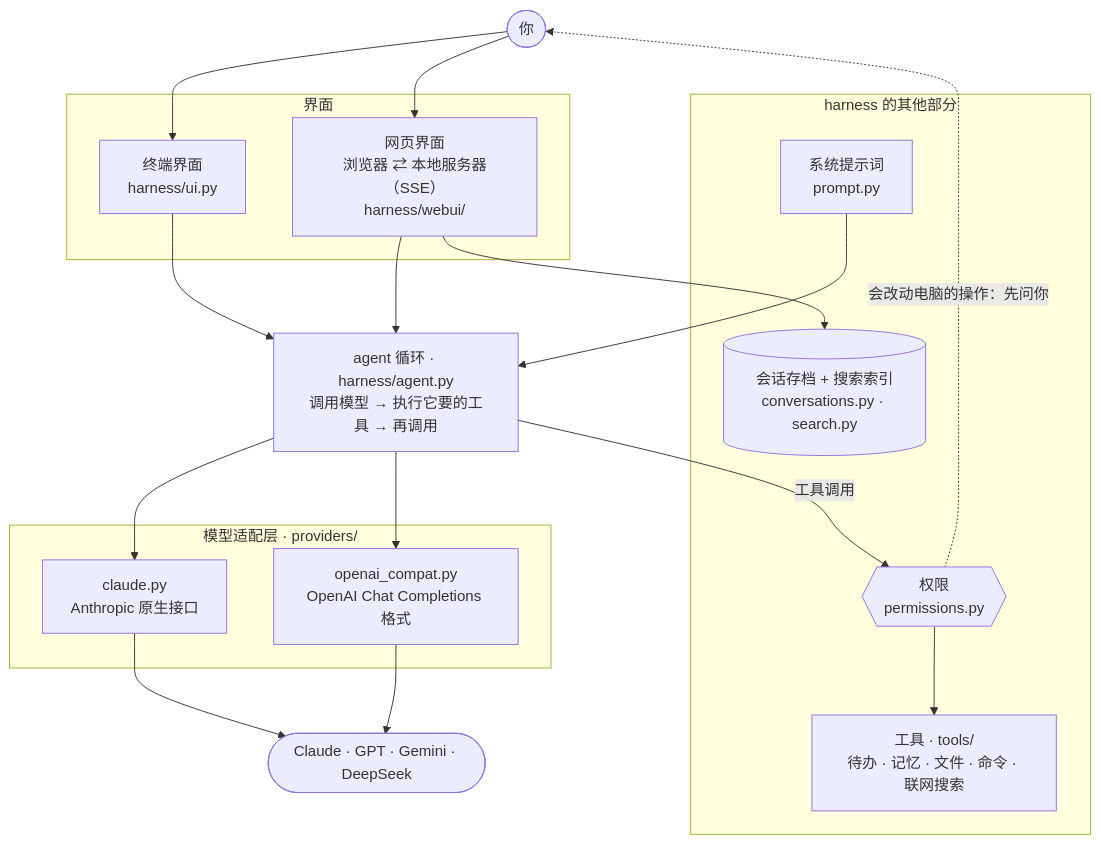
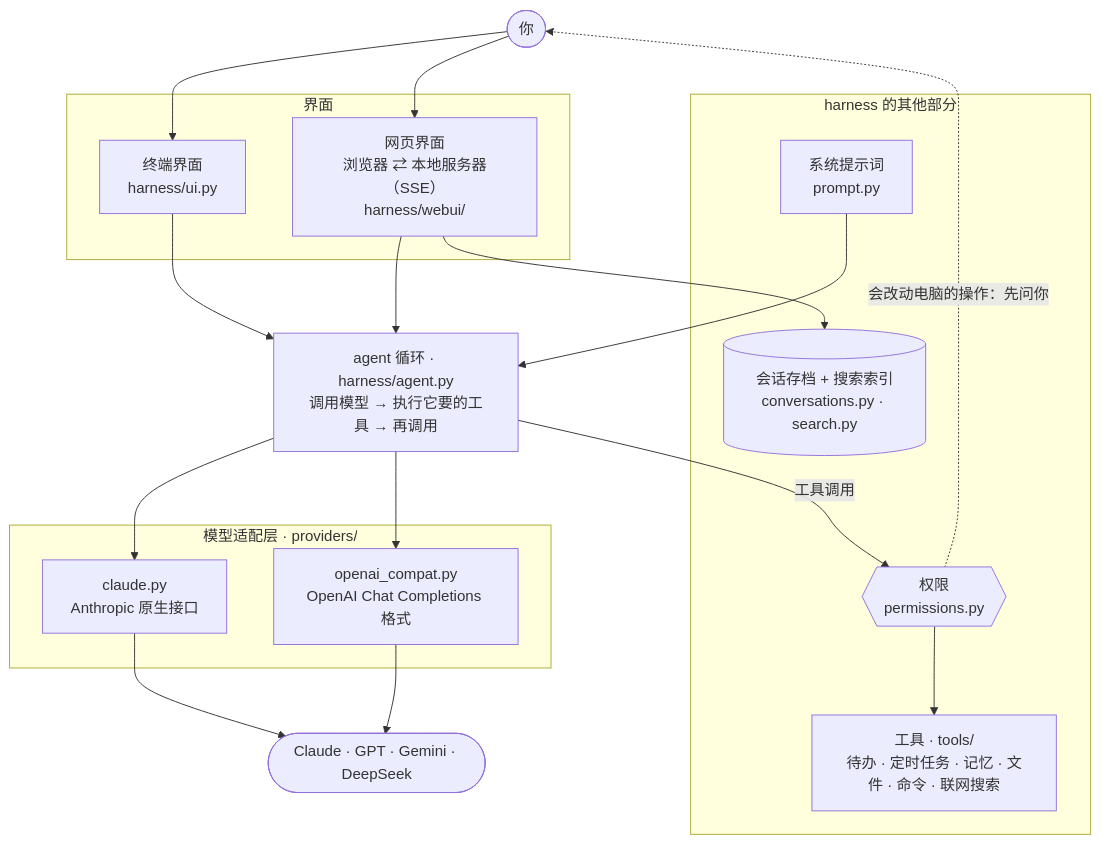
One commit to Akxan/zhifox-agent-harness changed the first of 2 diagrams in README.zh-CN.md. Above: the diagram before and after it, drawn with Mermaid. The commit also changed other lines of this file and 21 other files, not shown here.

````diff
--- a/README.zh-CN.md
+++ b/README.zh-CN.md
@@ -214,39 +256,39 @@
 ```mermaid
 flowchart TB
     you(["你"])
 
     subgraph ui ["界面"]
         term["终端界面<br/>harness/ui.py"]
         web["网页界面<br/>浏览器 ⇄ 本地服务器（SSE）<br/>harness/webui/"]
     end
 
     agent["agent 循环 · harness/agent.py<br/>调用模型 → 执行它要的工具 → 再调用"]
 
     subgraph parts ["harness 的其他部分"]
         prompt["系统提示词<br/>prompt.py"]
         perms{{"权限<br/>permissions.py"}}
-        tools["工具 · tools/<br/>待办 · 记忆 · 文件 · 命令 · 联网搜索"]
+        tools["工具 · tools/<br/>待办 · 定时任务 · 记忆 · 文件 · 命令 · 联网搜索"]
         store[("会话存档 + 搜索索引<br/>conversations.py · search.py")]
     end
 
     subgraph providers ["模型适配层 · providers/"]
         claude["claude.py<br/>Anthropic 原生接口"]
         compat["openai_compat.py<br/>OpenAI Chat Completions 格式"]
     end
 
     apis(["Claude · GPT · Gemini · DeepSeek"])
 
     you --> term
     you --> web
     term --> agent
     web --> agent
     web --> store
     prompt --> agent
     agent --> claude
     agent --> compat
     claude --> apis
     compat --> apis
     agent -->|"工具调用"| perms
     perms -.->|"会改动电脑的操作：先问你"| you
     perms --> tools
 ```
````
